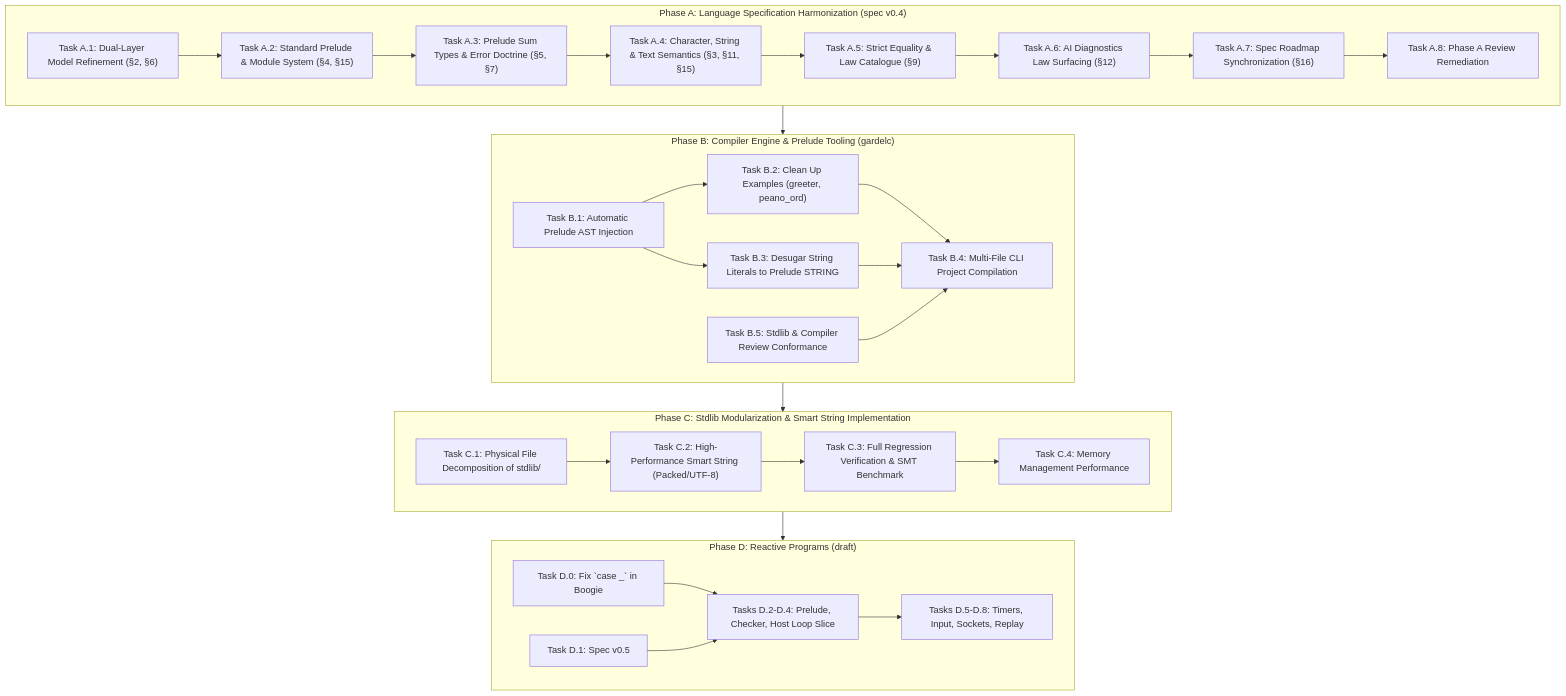
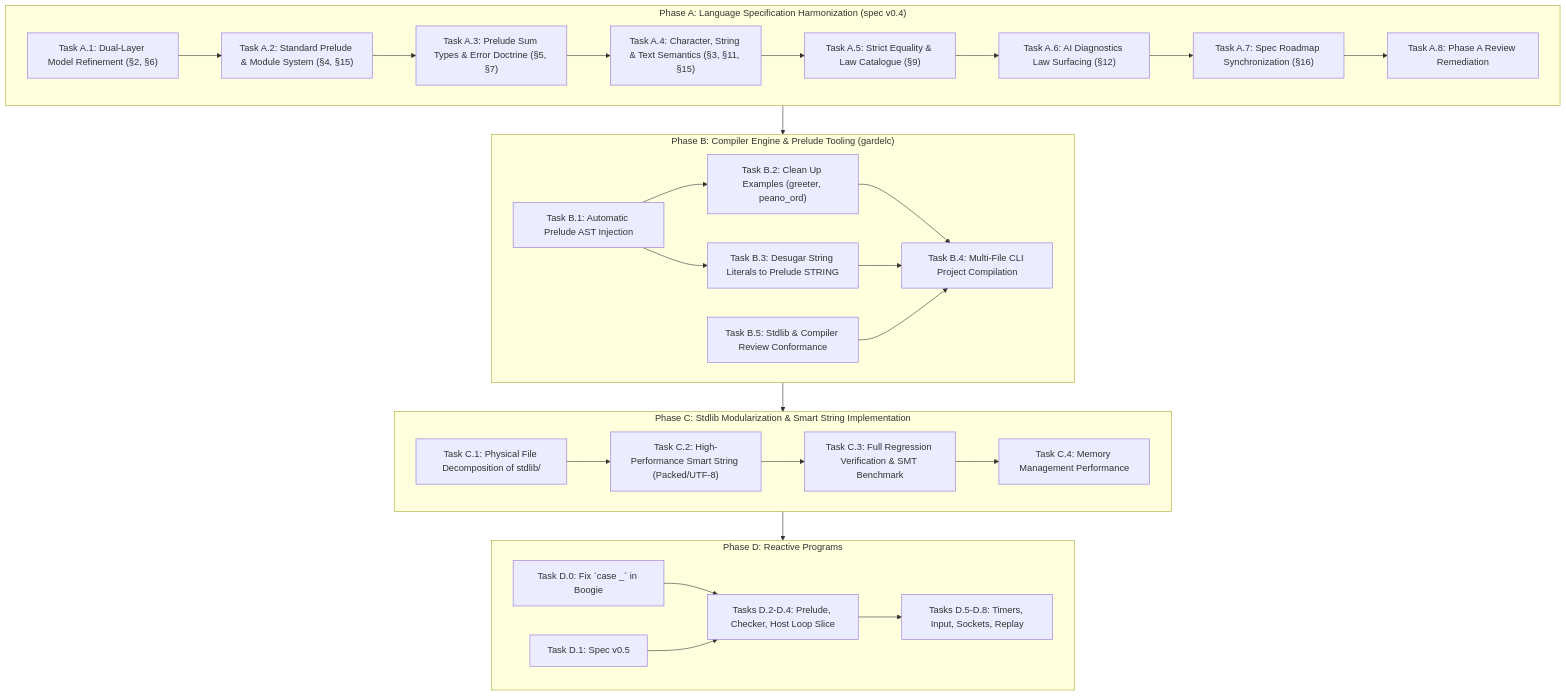
One commit to GardelPL/gardel changed the first of 2 diagrams in plan/Roadmap.md. Above: the diagram before and after it, drawn with Mermaid. The commit also changed other lines of this file and 4 other files, not shown here.

Commit message:
Implemented phase D.8 from Roadmap

````diff
--- a/plan/Roadmap.md
+++ b/plan/Roadmap.md
@@ -54,46 +54,46 @@
 ```mermaid
 flowchart TD
     subgraph PhaseA ["Phase A: Language Specification Harmonization (spec v0.4)"]
         A1["Task A.1: Dual-Layer Model Refinement (§2, §6)"]
         A2["Task A.2: Standard Prelude & Module System (§4, §15)"]
         A3["Task A.3: Prelude Sum Types & Error Doctrine (§5, §7)"]
         A4["Task A.4: Character, String & Text Semantics (§3, §11, §15)"]
         A5["Task A.5: Strict Equality & Law Catalogue (§9)"]
         A6["Task A.6: AI Diagnostics Law Surfacing (§12)"]
         A7["Task A.7: Spec Roadmap Synchronization (§16)"]
         A8["Task A.8: Phase A Review Remediation"]
         A1 --> A2 --> A3 --> A4 --> A5 --> A6 --> A7 --> A8
     end
 
     subgraph PhaseB ["Phase B: Compiler Engine & Prelude Tooling (gardelc)"]
         B1["Task B.1: Automatic Prelude AST Injection"]
         B2["Task B.2: Clean Up Examples (greeter, peano_ord)"]
         B3["Task B.3: Desugar String Literals to Prelude STRING"]
         B4["Task B.4: Multi-File CLI Project Compilation"]
         B5["Task B.5: Stdlib & Compiler Review Conformance"]
         B1 --> B2
         B1 --> B3
         B2 --> B4
         B3 --> B4
         B5 --> B4
     end
 
     subgraph PhaseC ["Phase C: Stdlib Modularization & Smart String Implementation"]
         C1["Task C.1: Physical File Decomposition of stdlib/"]
         C2["Task C.2: High-Performance Smart String (Packed/UTF-8)"]
         C3["Task C.3: Full Regression Verification & SMT Benchmark"]
         C4["Task C.4: Memory Management Performance"]
         C1 --> C2 --> C3 --> C4
     end
 
-    subgraph PhaseD ["Phase D: Reactive Programs (draft)"]
+    subgraph PhaseD ["Phase D: Reactive Programs"]
         D0["Task D.0: Fix `case _` in Boogie"]
         D1["Task D.1: Spec v0.5"]
         D2["Tasks D.2-D.4: Prelude, Checker, Host Loop Slice"]
         D3["Tasks D.5-D.8: Timers, Input, Sockets, Replay"]
         D0 --> D2
         D1 --> D2 --> D3
     end
 
     PhaseA --> PhaseB --> PhaseC --> PhaseD
 ```
````
